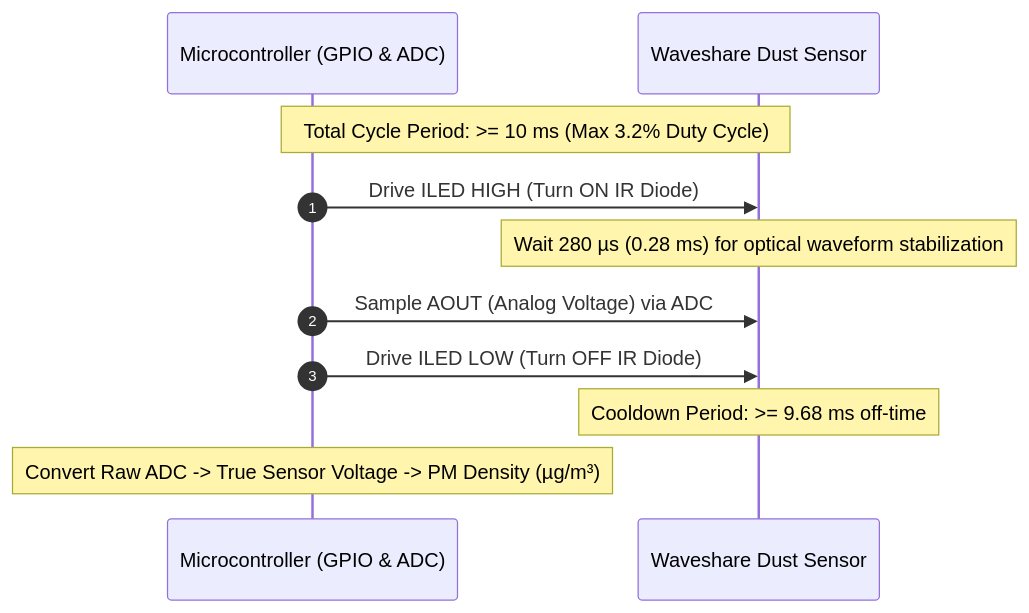
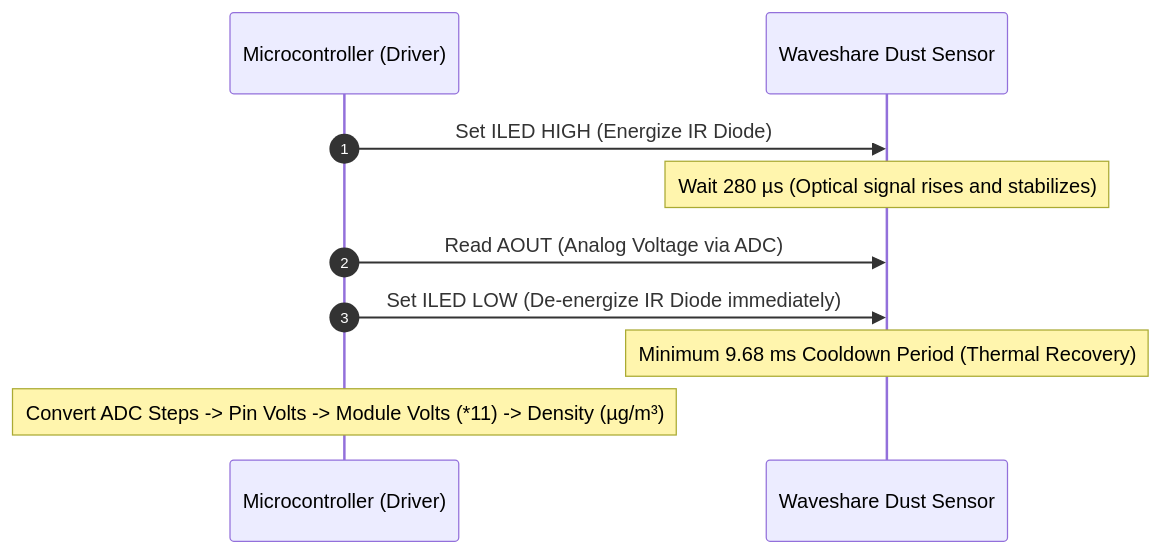
The first of 2 diagrams in README.md (26oppy/Waveshare_Dust_Sensor), drawn with Mermaid before and after one commit. The commit also changed other lines of this file and 1 other file, not shown here.

````diff
--- a/README.md
+++ b/README.md
@@ -67,14 +105,13 @@
 ```mermaid
 sequenceDiagram
     autonumber
-    participant MCU as Microcontroller (GPIO & ADC)
-    participant SENSOR as Waveshare Dust Sensor
+    participant MCU as Microcontroller (Driver)
+    participant Sensor as Waveshare Dust Sensor
 
-    Note over MCU,SENSOR: Total Cycle Period: >= 10 ms (Max 3.2% Duty Cycle)
-    MCU->>SENSOR: Drive ILED HIGH (Turn ON IR Diode)
-    Note over SENSOR: Wait 280 µs (0.28 ms) for optical waveform stabilization
-    MCU->>SENSOR: Sample AOUT (Analog Voltage) via ADC
-    MCU->>SENSOR: Drive ILED LOW (Turn OFF IR Diode)
-    Note over SENSOR: Cooldown Period: >= 9.68 ms off-time
-    Note over MCU: Convert Raw ADC -> True Sensor Voltage -> PM Density (µg/m³)
+    MCU->>Sensor: Set ILED HIGH (Energize IR Diode)
+    Note over Sensor: Wait 280 µs (Optical signal rises and stabilizes)
+    MCU->>Sensor: Read AOUT (Analog Voltage via ADC)
+    MCU->>Sensor: Set ILED LOW (De-energize IR Diode immediately)
+    Note over Sensor: Minimum 9.68 ms Cooldown Period (Thermal Recovery)
+    Note over MCU: Convert ADC Steps -> Pin Volts -> Module Volts (*11) -> Density (µg/m³)
 ```
````
